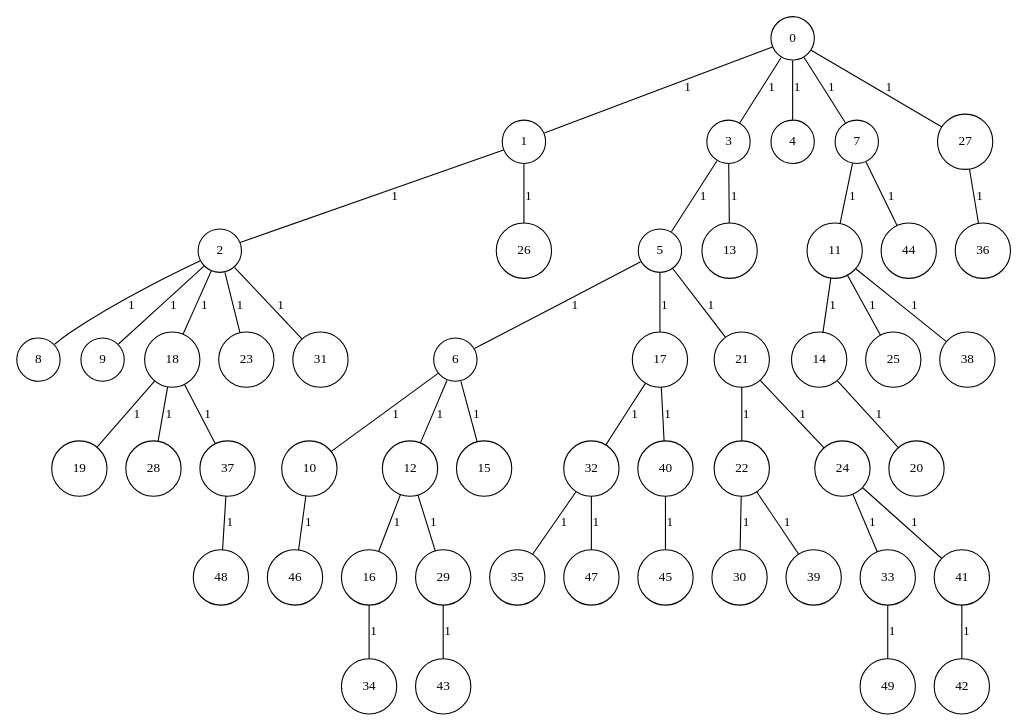
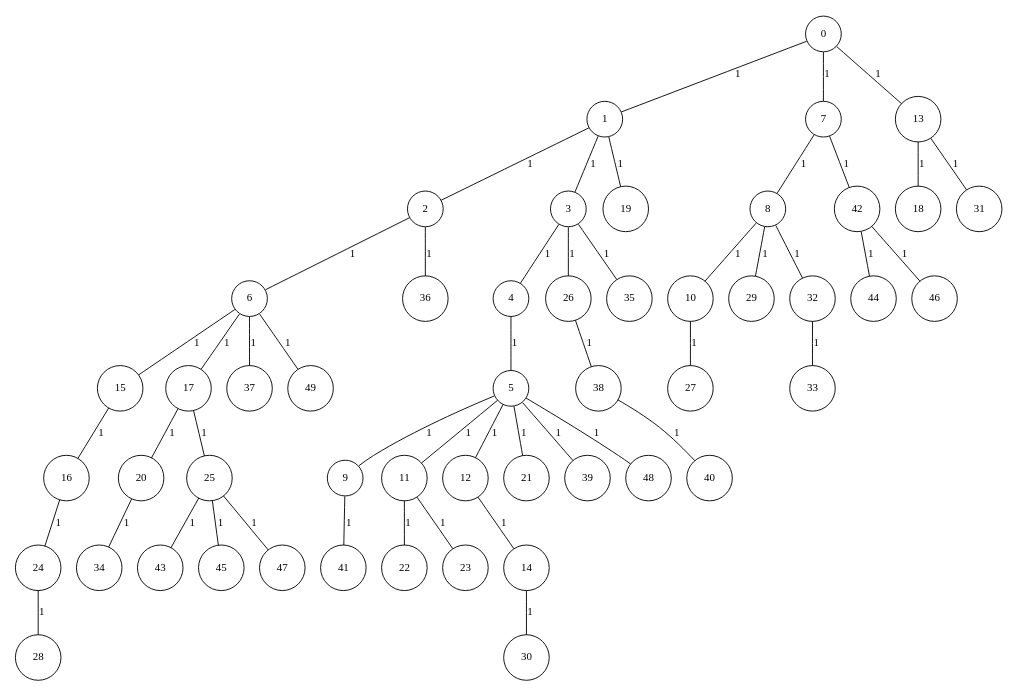
Before and after one commit to cardosodg/setcover-grasp: the diagram in GraphGenerator/input/instGraph_50_3.txt.dot, drawn with Graphviz. The commit also changed 2004 other files, not shown here.

```diff
--- a/GraphGenerator/input/instGraph_50_3.txt.dot
+++ b/GraphGenerator/input/instGraph_50_3.txt.dot
@@ -1,109 +1,109 @@
 graph G {
 size="8.5,11;"
 ratio = "expand;"
 fixedsize="true;"
 overlap="scale;"
 node[shape=circle,width=.12,hight=.12,fontsize=12]
 edge[fontsize=12]
 
-0[label=" 0" color=black, pos="2.6547511,0.26701105!"];
-1[label=" 1" color=black, pos="0.27977832,2.6243384!"];
-2[label=" 2" color=black, pos="2.8509784,2.6279915!"];
-3[label=" 3" color=black, pos="2.4139292,1.9072124!"];
-4[label=" 4" color=black, pos="2.0609558,1.5484502!"];
-5[label=" 5" color=black, pos="0.22775289,1.8640514!"];
-6[label=" 6" color=black, pos="0.69992394,2.2508113!"];
-7[label=" 7" color=black, pos="1.183169,1.6208679!"];
-8[label=" 8" color=black, pos="0.87684771,0.44295509!"];
-9[label=" 9" color=black, pos="2.0022236,0.84080773!"];
-10[label=" 10" color=black, pos="1.3891941,1.4036146!"];
-11[label=" 11" color=black, pos="2.1531832,2.7857256!"];
-12[label=" 12" color=black, pos="2.3440862,0.1726448!"];
-13[label=" 13" color=black, pos="1.0438439,2.9749342!"];
-14[label=" 14" color=black, pos="2.2608312,2.367778!"];
-15[label=" 15" color=black, pos="2.1615337,1.2819204!"];
-16[label=" 16" color=black, pos="2.8765247,1.1950074!"];
-17[label=" 17" color=black, pos="0.79216899,0.73195034!"];
-18[label=" 18" color=black, pos="0.50461439,0.98448632!"];
-19[label=" 19" color=black, pos="0.44639196,1.8719366!"];
-20[label=" 20" color=black, pos="2.1043877,0.36231721!"];
-21[label=" 21" color=black, pos="2.0812776,2.8919995!"];
-22[label=" 22" color=black, pos="2.562997,0.78610912!"];
-23[label=" 23" color=black, pos="2.2484232,0.76291207!"];
-24[label=" 24" color=black, pos="0.79290509,0.0036962945!"];
-25[label=" 25" color=black, pos="2.9937347,0.76643714!"];
-26[label=" 26" color=black, pos="0.87121159,0.15614666!"];
-27[label=" 27" color=black, pos="1.5211354,1.1080817!"];
-28[label=" 28" color=black, pos="1.0726647,1.7737547!"];
-29[label=" 29" color=black, pos="1.8076504,0.49605124!"];
-30[label=" 30" color=black, pos="0.92553158,0.095177986!"];
-31[label=" 31" color=black, pos="0.35018993,1.2989028!"];
-32[label=" 32" color=black, pos="2.8160096,0.7281691!"];
-33[label=" 33" color=black, pos="0.038245713,2.3080933!"];
-34[label=" 34" color=black, pos="2.2455297,2.2270609!"];
-35[label=" 35" color=black, pos="2.4923232,1.3921882!"];
-36[label=" 36" color=black, pos="0.80554143,2.7189304!"];
-37[label=" 37" color=black, pos="0.83169703,2.9838391!"];
-38[label=" 38" color=black, pos="2.497142,0.93118342!"];
-39[label=" 39" color=black, pos="0.93710716,2.9904269!"];
-40[label=" 40" color=black, pos="1.5326853,2.562861!"];
-41[label=" 41" color=black, pos="1.2132023,0.48038829!"];
-42[label=" 42" color=black, pos="2.3351942,1.225397!"];
-43[label=" 43" color=black, pos="1.0425917,2.3925054!"];
-44[label=" 44" color=black, pos="0.78352808,0.4613249!"];
-45[label=" 45" color=black, pos="1.3264174,2.3724537!"];
-46[label=" 46" color=black, pos="0.5241811,1.6708912!"];
-47[label=" 47" color=black, pos="0.53372334,1.214405!"];
-48[label=" 48" color=black, pos="1.3799141,2.6373396!"];
-49[label=" 49" color=black, pos="0.64822017,1.0518483!"];
+0[label=" 0" color=black, pos="0.75920842,1.683574!"];
+1[label=" 1" color=black, pos="2.8451229,0.60076264!"];
+2[label=" 2" color=black, pos="0.66796016,2.8480001!"];
+3[label=" 3" color=black, pos="1.2562279,2.5143822!"];
+4[label=" 4" color=black, pos="1.6114109,0.82133078!"];
+5[label=" 5" color=black, pos="0.73674696,1.3599422!"];
+6[label=" 6" color=black, pos="2.0238632,0.48725416!"];
+7[label=" 7" color=black, pos="1.7082625,1.5074096!"];
+8[label=" 8" color=black, pos="0.078257882,0.48364835!"];
+9[label=" 9" color=black, pos="0.043394712,1.2448583!"];
+10[label=" 10" color=black, pos="2.6112412,2.9615652!"];
+11[label=" 11" color=black, pos="1.1660941,0.75728179!"];
+12[label=" 12" color=black, pos="2.0069801,1.7364619!"];
+13[label=" 13" color=black, pos="1.922572,0.78764238!"];
+14[label=" 14" color=black, pos="0.10148032,0.23932078!"];
+15[label=" 15" color=black, pos="1.0950427,0.27721365!"];
+16[label=" 16" color=black, pos="2.9377139,1.0966814!"];
+17[label=" 17" color=black, pos="2.845273,0.69246346!"];
+18[label=" 18" color=black, pos="1.4343981,0.32398324!"];
+19[label=" 19" color=black, pos="0.12997599,0.37799715!"];
+20[label=" 20" color=black, pos="0.65987761,0.88068317!"];
+21[label=" 21" color=black, pos="0.21086315,2.5288848!"];
+22[label=" 22" color=black, pos="1.9432221,1.1220862!"];
+23[label=" 23" color=black, pos="0.51493595,2.2115655!"];
+24[label=" 24" color=black, pos="2.1601619,0.43375842!"];
+25[label=" 25" color=black, pos="0.64978655,2.4619491!"];
+26[label=" 26" color=black, pos="1.7802505,2.6846768!"];
+27[label=" 27" color=black, pos="1.8671973,0.047182606!"];
+28[label=" 28" color=black, pos="2.177133,0.10952458!"];
+29[label=" 29" color=black, pos="0.59619133,2.7003396!"];
+30[label=" 30" color=black, pos="1.4066151,2.5776783!"];
+31[label=" 31" color=black, pos="2.2217258,0.37420084!"];
+32[label=" 32" color=black, pos="1.0974906,1.3873225!"];
+33[label=" 33" color=black, pos="1.9341811,0.83146177!"];
+34[label=" 34" color=black, pos="0.63520392,1.6246582!"];
+35[label=" 35" color=black, pos="1.5788125,0.029476224!"];
+36[label=" 36" color=black, pos="0.59970655,0.14394163!"];
+37[label=" 37" color=black, pos="1.7774102,1.7353113!"];
+38[label=" 38" color=black, pos="0.6667071,0.1055763!"];
+39[label=" 39" color=black, pos="1.1022333,0.2703205!"];
+40[label=" 40" color=black, pos="1.2877364,2.947001!"];
+41[label=" 41" color=black, pos="0.50691465,0.93634919!"];
+42[label=" 42" color=black, pos="1.2946013,0.64451984!"];
+43[label=" 43" color=black, pos="0.23284812,2.6293593!"];
+44[label=" 44" color=black, pos="2.8129969,2.0284525!"];
+45[label=" 45" color=black, pos="2.6175822,0.77443241!"];
+46[label=" 46" color=black, pos="0.076753377,1.1727221!"];
+47[label=" 47" color=black, pos="2.3597858,0.37871048!"];
+48[label=" 48" color=black, pos="0.10068568,0.86943979!"];
+49[label=" 49" color=black, pos="0.10417418,0.74971891!"];
 0--1[label="1"]
-0--3[label="1"]
-0--4[label="1"]
 0--7[label="1"]
-0--27[label="1"]
+0--13[label="1"]
 1--2[label="1"]
-1--26[label="1"]
-2--8[label="1"]
-2--9[label="1"]
-2--18[label="1"]
-2--23[label="1"]
-2--31[label="1"]
-3--5[label="1"]
-3--13[label="1"]
-5--6[label="1"]
-5--17[label="1"]
+1--3[label="1"]
+1--19[label="1"]
+2--6[label="1"]
+2--36[label="1"]
+3--4[label="1"]
+3--26[label="1"]
+3--35[label="1"]
+4--5[label="1"]
+5--9[label="1"]
+5--11[label="1"]
+5--12[label="1"]
 5--21[label="1"]
-6--10[label="1"]
-6--12[label="1"]
+5--39[label="1"]
+5--48[label="1"]
 6--15[label="1"]
-7--11[label="1"]
-7--44[label="1"]
-10--46[label="1"]
-11--14[label="1"]
-11--25[label="1"]
-11--38[label="1"]
-12--16[label="1"]
-12--29[label="1"]
-14--20[label="1"]
-16--34[label="1"]
-17--32[label="1"]
-17--40[label="1"]
-18--19[label="1"]
-18--28[label="1"]
-18--37[label="1"]
-21--22[label="1"]
-21--24[label="1"]
-22--30[label="1"]
-22--39[label="1"]
-24--33[label="1"]
-24--41[label="1"]
-27--36[label="1"]
-29--43[label="1"]
-32--35[label="1"]
-32--47[label="1"]
-33--49[label="1"]
-37--48[label="1"]
-40--45[label="1"]
-41--42[label="1"]
+6--17[label="1"]
+6--37[label="1"]
+6--49[label="1"]
+7--8[label="1"]
+7--42[label="1"]
+8--10[label="1"]
+8--29[label="1"]
+8--32[label="1"]
+9--41[label="1"]
+10--27[label="1"]
+11--22[label="1"]
+11--23[label="1"]
+12--14[label="1"]
+13--18[label="1"]
+13--31[label="1"]
+14--30[label="1"]
+15--16[label="1"]
+16--24[label="1"]
+17--20[label="1"]
+17--25[label="1"]
+20--34[label="1"]
+24--28[label="1"]
+25--43[label="1"]
+25--45[label="1"]
+25--47[label="1"]
+26--38[label="1"]
+32--33[label="1"]
+38--40[label="1"]
+42--44[label="1"]
+42--46[label="1"]
 
 }
```
